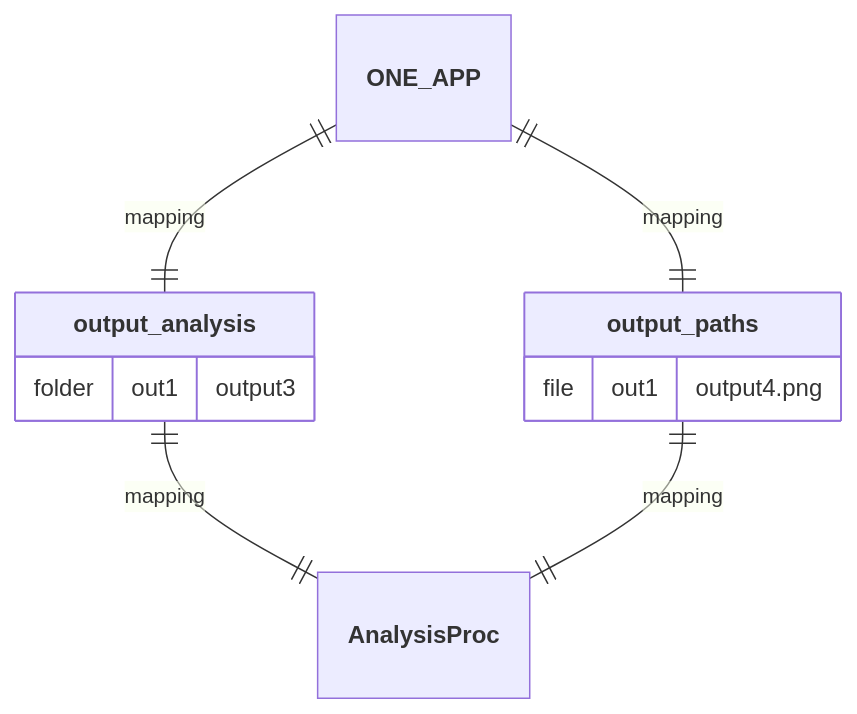
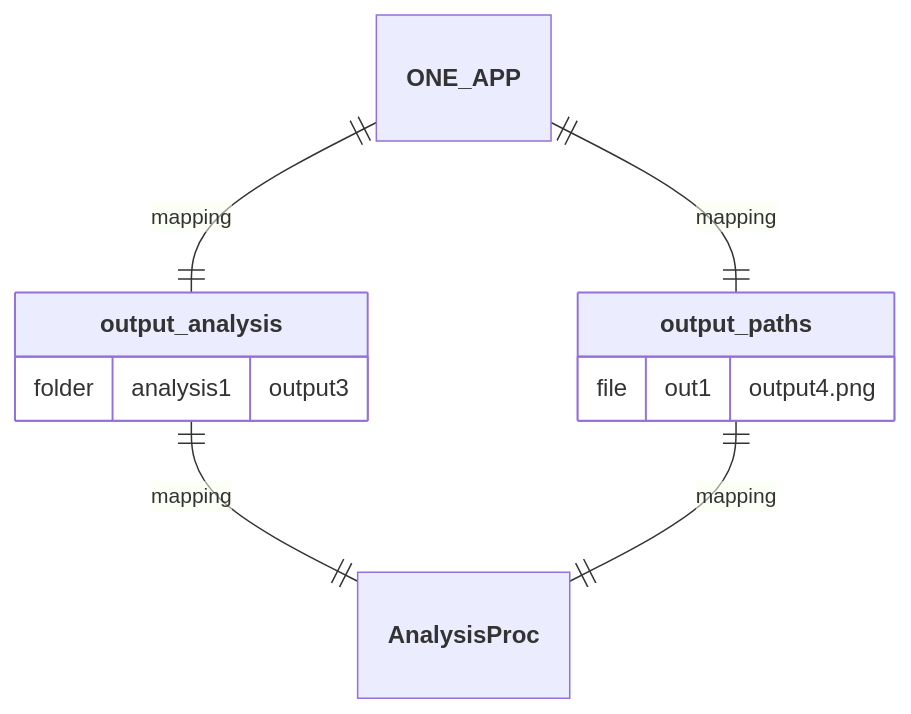
Before and after one commit to nuremics/nuremics-labs: the fourth of 5 diagrams in src/apps/ONE_APP/README.md, drawn with Mermaid.

Commit message:
update ONE_APP README

````diff
--- a/src/apps/ONE_APP/README.md
+++ b/src/apps/ONE_APP/README.md
@@ -78,14 +78,14 @@
 ```mermaid
 erDiagram
   **ONE_APP** ||--|| **output_paths** : mapping
   **ONE_APP** ||--|| **output_analysis** : mapping
   **output_analysis** ||--|| **AnalysisProc** : mapping
   **output_paths** ||--|| **AnalysisProc** : mapping
 
   **output_analysis** {
-    folder out1 "output3"
+    folder analysis1 "output3"
   }
   **output_paths** {
     file out1 "output4.png"
   }
 ```
````
